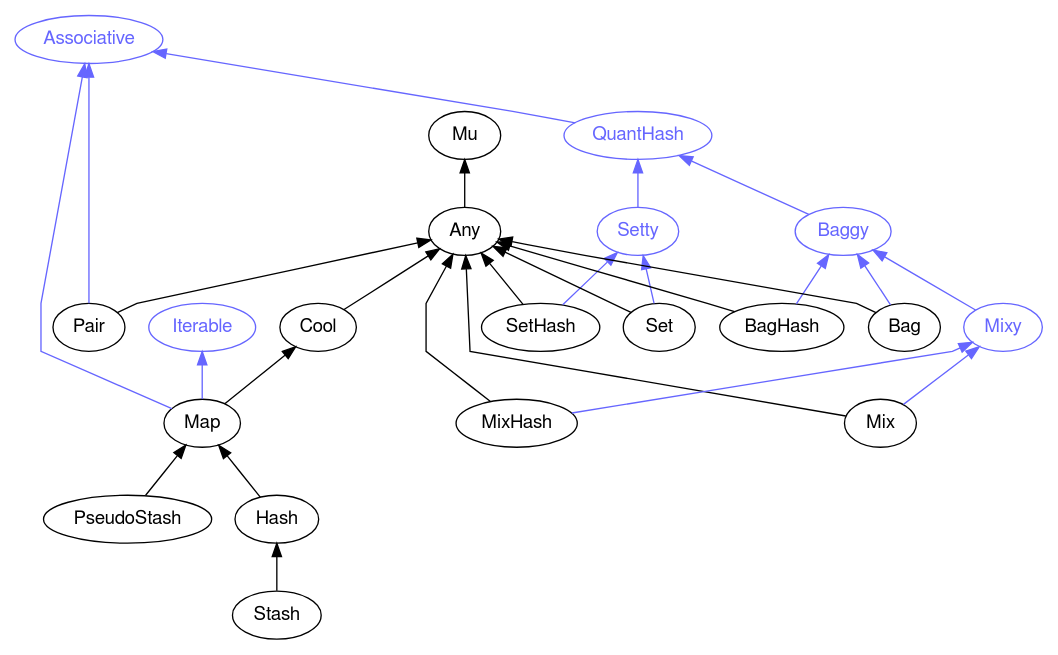
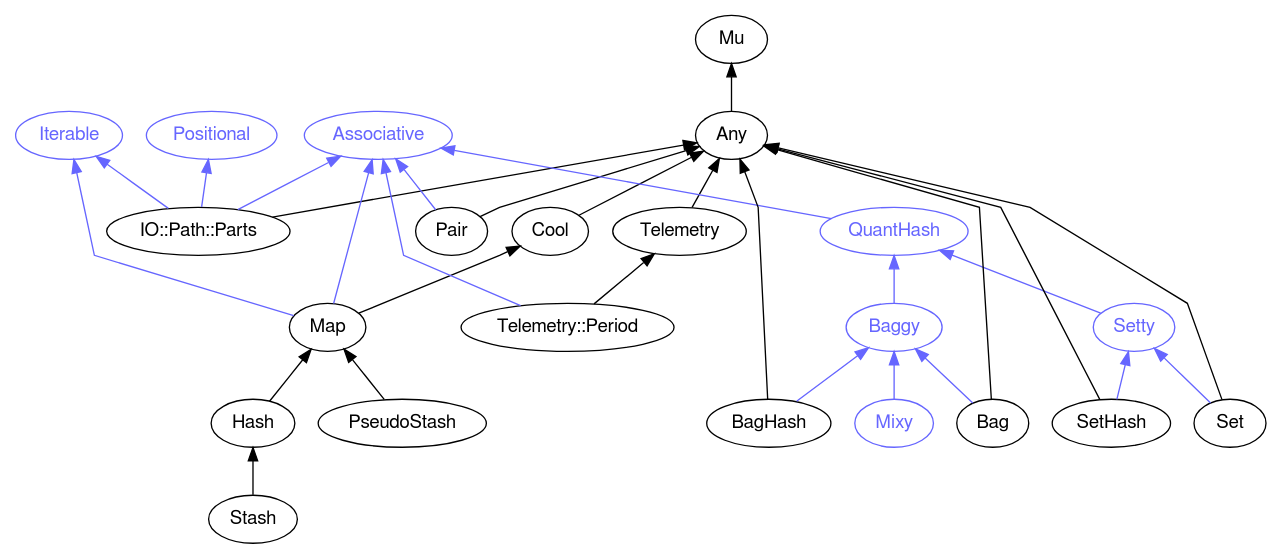
Before and after one commit to rakudocs/rakudocs.github.io: the diagram in images/type-graph-Associative.svg.dot, drawn with Graphviz. The commit also changed 2867 other files, not shown here.

```diff
--- a/images/type-graph-Associative.svg.dot
+++ b/images/type-graph-Associative.svg.dot
@@ -1,56 +1,62 @@
 digraph "perl6-type-graph" {
     rankdir=BT;
     splines=polyline;
     overlap=false; 
+    graph [truecolor=true bgcolor="#FFFFFF"];
     // Types
     "Associative" [color="#6666FF", fontcolor="#6666FF", href="/type/Associative", fontname="FreeSans"];
     "Mu" [color="#000000", fontcolor="#000000", href="/type/Mu", fontname="FreeSans"];
     "Any" [color="#000000", fontcolor="#000000", href="/type/Any", fontname="FreeSans"];
+    "Positional" [color="#6666FF", fontcolor="#6666FF", href="/type/Positional", fontname="FreeSans"];
+    "Iterable" [color="#6666FF", fontcolor="#6666FF", href="/type/Iterable", fontname="FreeSans"];
+    "IO::Path::Parts" [color="#000000", fontcolor="#000000", href="/type/IO::Path::Parts", fontname="FreeSans"];
+    "Cool" [color="#000000", fontcolor="#000000", href="/type/Cool", fontname="FreeSans"];
+    "Map" [color="#000000", fontcolor="#000000", href="/type/Map", fontname="FreeSans"];
     "Pair" [color="#000000", fontcolor="#000000", href="/type/Pair", fontname="FreeSans"];
-    "Cool" [color="#000000", fontcolor="#000000", href="/type/Cool", fontname="FreeSans"];
-    "Iterable" [color="#6666FF", fontcolor="#6666FF", href="/type/Iterable", fontname="FreeSans"];
-    "Map" [color="#000000", fontcolor="#000000", href="/type/Map", fontname="FreeSans"];
+    "Telemetry" [color="#000000", fontcolor="#000000", href="/type/Telemetry", fontname="FreeSans"];
+    "Telemetry::Period" [color="#000000", fontcolor="#000000", href="/type/Telemetry::Period", fontname="FreeSans"];
     "QuantHash" [color="#6666FF", fontcolor="#6666FF", href="/type/QuantHash", fontname="FreeSans"];
     "PseudoStash" [color="#000000", fontcolor="#000000", href="/type/PseudoStash", fontname="FreeSans"];
     "Hash" [color="#000000", fontcolor="#000000", href="/type/Hash", fontname="FreeSans"];
     "Setty" [color="#6666FF", fontcolor="#6666FF", href="/type/Setty", fontname="FreeSans"];
     "Baggy" [color="#6666FF", fontcolor="#6666FF", href="/type/Baggy", fontname="FreeSans"];
     "Stash" [color="#000000", fontcolor="#000000", href="/type/Stash", fontname="FreeSans"];
     "SetHash" [color="#000000", fontcolor="#000000", href="/type/SetHash", fontname="FreeSans"];
     "Set" [color="#000000", fontcolor="#000000", href="/type/Set", fontname="FreeSans"];
-    "Mixy" [color="#6666FF", fontcolor="#6666FF", href="/type/Mixy", fontname="FreeSans"];
     "BagHash" [color="#000000", fontcolor="#000000", href="/type/BagHash", fontname="FreeSans"];
     "Bag" [color="#000000", fontcolor="#000000", href="/type/Bag", fontname="FreeSans"];
-    "Mix" [color="#000000", fontcolor="#000000", href="/type/Mix", fontname="FreeSans"];
-    "MixHash" [color="#000000", fontcolor="#000000", href="/type/MixHash", fontname="FreeSans"];
+    "Mixy" [color="#6666FF", fontcolor="#6666FF", href="/type/Mixy", fontname="FreeSans"];
 
     // Superclasses
     "Any" -> "Mu" [color="#000000"];
-    "Pair" -> "Any" [color="#000000"];
+    "IO::Path::Parts" -> "Any" [color="#000000"];
     "Cool" -> "Any" [color="#000000"];
     "Map" -> "Cool" [color="#000000"];
+    "Pair" -> "Any" [color="#000000"];
+    "Telemetry" -> "Any" [color="#000000"];
+    "Telemetry::Period" -> "Telemetry" [color="#000000"];
     "PseudoStash" -> "Map" [color="#000000"];
     "Hash" -> "Map" [color="#000000"];
     "Stash" -> "Hash" [color="#000000"];
     "SetHash" -> "Any" [color="#000000"];
     "Set" -> "Any" [color="#000000"];
     "BagHash" -> "Any" [color="#000000"];
     "Bag" -> "Any" [color="#000000"];
-    "Mix" -> "Any" [color="#000000"];
-    "MixHash" -> "Any" [color="#000000"];
 
     // Roles
-    "Pair" -> "Associative" [color="#6666FF"];
+    "IO::Path::Parts" -> "Positional" [color="#6666FF"];
+    "IO::Path::Parts" -> "Associative" [color="#6666FF"];
+    "IO::Path::Parts" -> "Iterable" [color="#6666FF"];
     "Map" -> "Iterable" [color="#6666FF"];
     "Map" -> "Associative" [color="#6666FF"];
+    "Pair" -> "Associative" [color="#6666FF"];
+    "Telemetry::Period" -> "Associative" [color="#6666FF"];
     "QuantHash" -> "Associative" [color="#6666FF"];
     "Setty" -> "QuantHash" [color="#6666FF"];
     "Baggy" -> "QuantHash" [color="#6666FF"];
     "SetHash" -> "Setty" [color="#6666FF"];
     "Set" -> "Setty" [color="#6666FF"];
-    "Mixy" -> "Baggy" [color="#6666FF"];
     "BagHash" -> "Baggy" [color="#6666FF"];
     "Bag" -> "Baggy" [color="#6666FF"];
-    "Mix" -> "Mixy" [color="#6666FF"];
-    "MixHash" -> "Mixy" [color="#6666FF"];
+    "Mixy" -> "Baggy" [color="#6666FF"];
 }
```
